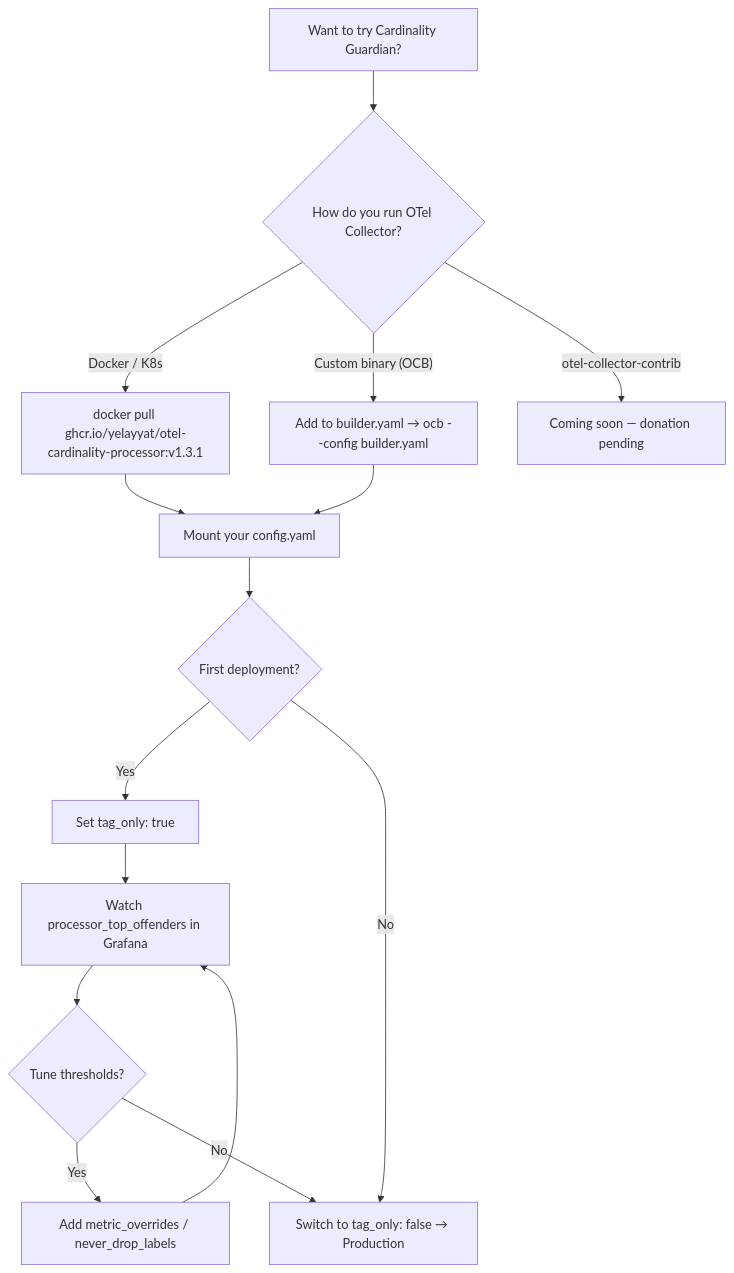
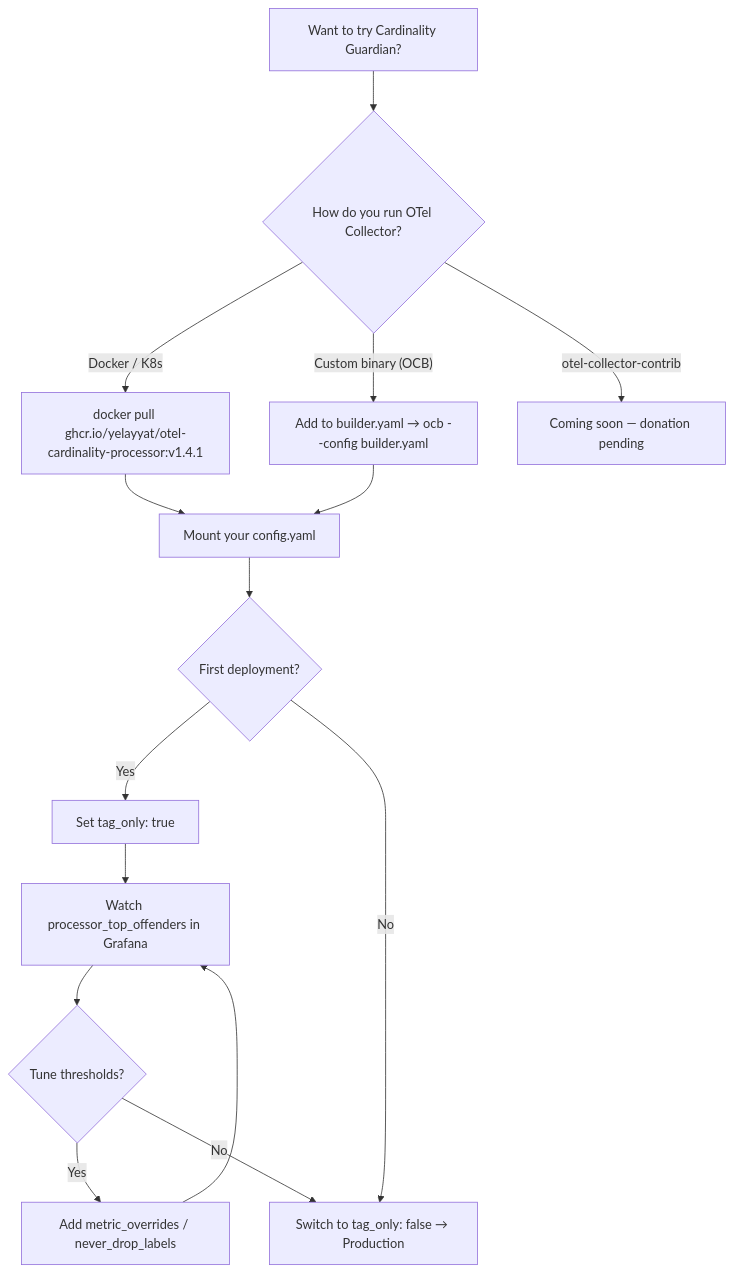
Before and after one commit to YElayyat/otel-cardinality-processor: the second of 2 diagrams in README.md, drawn with Mermaid. The commit also changed other lines of this file and 2 other files, not shown here.

````diff
--- a/README.md
+++ b/README.md
@@ -140,17 +140,17 @@
 ```mermaid
 flowchart TD
     A[Want to try Cardinality Guardian?] --> B{How do you run OTel Collector?}
-    B -- "Docker / K8s" --> C["docker pull ghcr.io/yelayyat/otel-cardinality-processor:v1.3.1"]
+    B -- "Docker / K8s" --> C["docker pull ghcr.io/yelayyat/otel-cardinality-processor:v1.4.1"]
     B -- "Custom binary (OCB)" --> D[Add to builder.yaml → ocb --config builder.yaml]
     B -- "otel-collector-contrib" --> E["Coming soon — donation pending"]
     C --> F[Mount your config.yaml]
     D --> F
     F --> G{First deployment?}
     G -- Yes --> H["Set tag_only: true"]
     H --> I[Watch processor_top_offenders in Grafana]
     I --> J{Tune thresholds?}
     J -- Yes --> K[Add metric_overrides / never_drop_labels]
     K --> I
     J -- No --> L["Switch to tag_only: false → Production"]
     G -- No --> L
 ```
````
